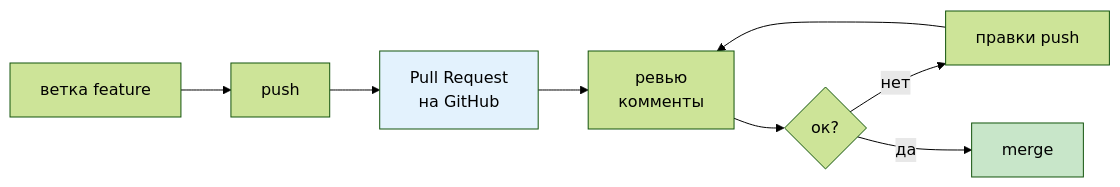
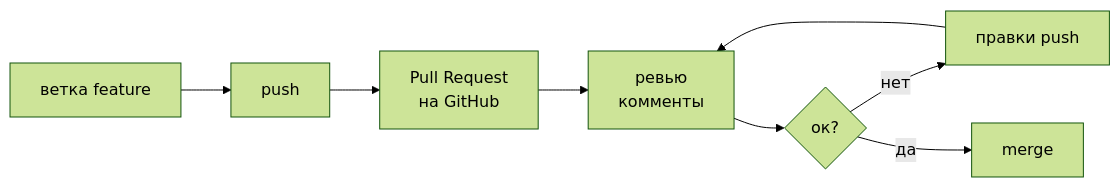
The third of 3 diagrams in 02_Курсы/01. Инженерные практики Python/01_Лекции/13. Git и GitHub.md (JayStorm228/College), drawn with Mermaid (forest theme) before and after one commit. The commit also changed other lines of this file and 30 other files, not shown here.

First line of the commit message:
переименование NumPy лекций под академические заголовки + стандартные диаграммы

````diff
--- a/02_Курсы/01. Инженерные практики Python/01_Лекции/13. Git и GitHub.md
+++ b/02_Курсы/01. Инженерные практики Python/01_Лекции/13. Git и GitHub.md
@@ -126,12 +124,10 @@
 ```mermaid
 flowchart LR
   A[ветка feature] --> B[push]
   B --> C[Pull Request<br>на GitHub]
   C --> D[ревью<br>комменты]
   D --> E{ок?}
   E -- нет --> F[правки push]
   F --> D
   E -- да --> G[merge]
-  style C fill:#e3f2fd
-  style G fill:#c8e6c9
 ```
````
